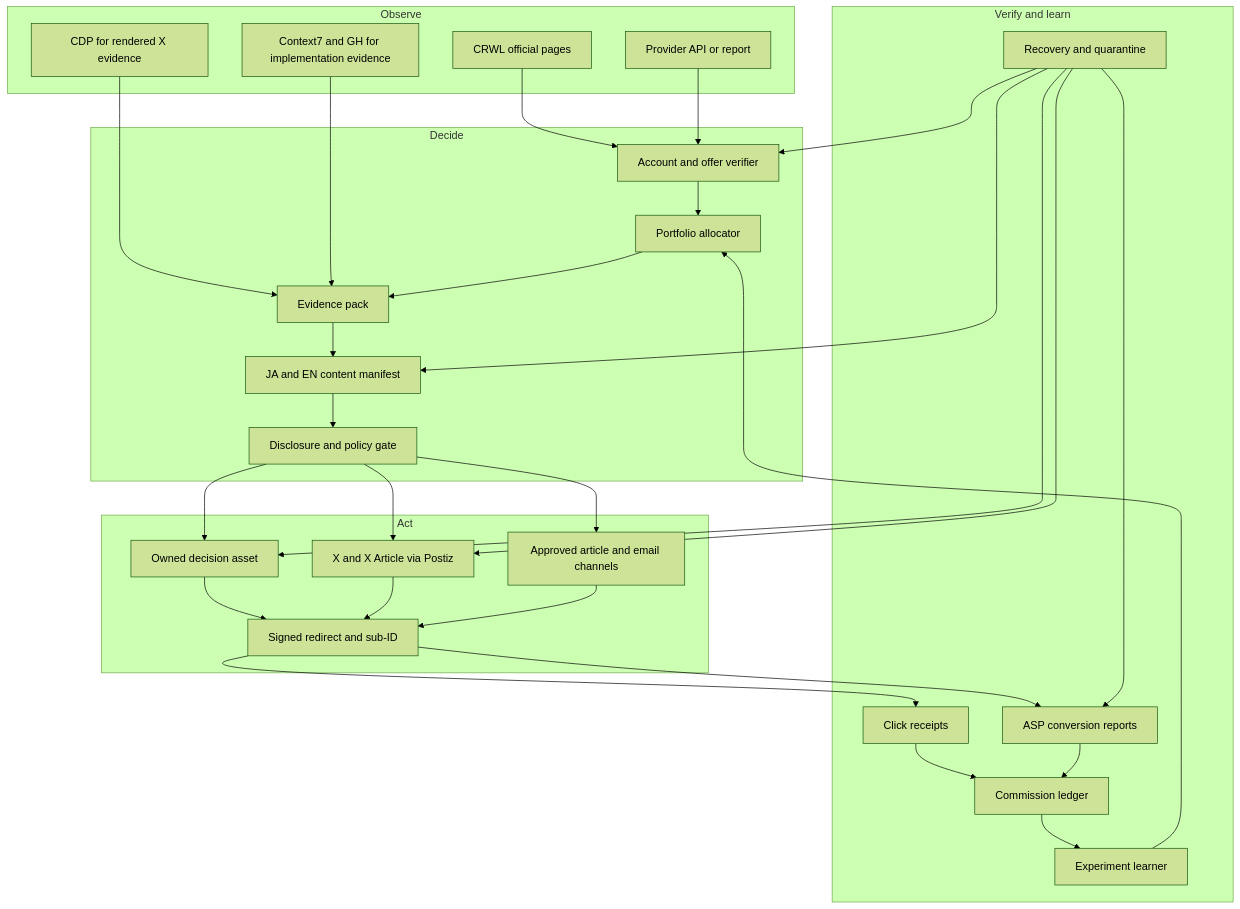
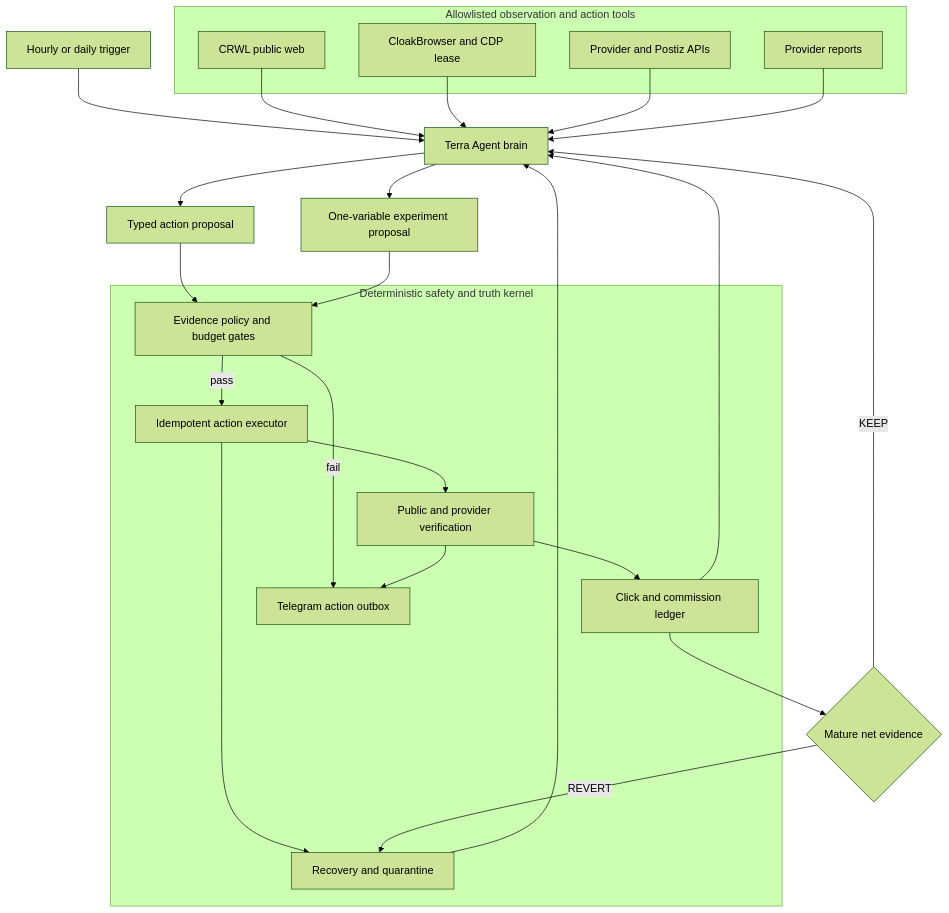
Before and after one commit to Daisuke134/anicca: the first of 3 diagrams in docs/superpowers/specs/2026-08-05-affiliate-agent-design.md, drawn with Mermaid (forest theme). The commit also changed other lines of this file and 2 other files, not shown here.

Commit message:
docs: finalize autonomous affiliate agent execution plan

````diff
--- a/docs/superpowers/specs/2026-08-05-affiliate-agent-design.md
+++ b/docs/superpowers/specs/2026-08-05-affiliate-agent-design.md
@@ -147,54 +189,43 @@
 ```mermaid
 flowchart TD
-  subgraph Observe[Observe]
-    O1[CRWL official pages]
-    O2[Provider API or report]
-    O3[CDP for rendered X evidence]
-    O4[Context7 and GH for implementation evidence]
+  T[Hourly or daily trigger] --> B[Terra Agent brain]
+
+  subgraph Tools[Allowlisted observation and action tools]
+    C[CRWL public web]
+    CB[CloakBrowser and CDP lease]
+    API[Provider and Postiz APIs]
+    REP[Provider reports]
   end
 
-  subgraph Decide[Decide]
-    V[Account and offer verifier]
-    P[Portfolio allocator]
-    E[Evidence pack]
-    M[JA and EN content manifest]
-    G[Disclosure and policy gate]
+  C --> B
+  CB --> B
+  API --> B
+  REP --> B
+
+  B --> P[Typed action proposal]
+
+  subgraph Kernel[Deterministic safety and truth kernel]
+    G[Evidence policy and budget gates]
+    X[Idempotent action executor]
+    V[Public and provider verification]
+    L[Click and commission ledger]
+    O[Telegram action outbox]
+    R[Recovery and quarantine]
   end
 
-  subgraph Act[Act]
-    W[Owned decision asset]
-    X[X and X Article via Postiz]
-    N[Approved article and email channels]
-    R[Signed redirect and sub-ID]
-  end
+  P --> G
+  G -->|pass| X
+  G -->|fail| O
+  X --> V
+  V --> L
+  V --> O
+  L --> B
+  R --> B
+  X --> R
 
-  subgraph Learn[Verify and learn]
-    C[Click receipts]
-    A[ASP conversion reports]
-    L[Commission ledger]
-    Q[Experiment learner]
-    H[Recovery and quarantine]
-  end
-
-  O1 --> V
-  O2 --> V
-  O3 --> E
-  O4 --> E
-  V --> P --> E --> M --> G
-  G --> W
-  G --> X
-  G --> N
-  W --> R
-  X --> R
-  N --> R
-  R --> C
-  R --> A
-  C --> L
-  A --> L
-  L --> Q --> P
-  H --> V
-  H --> M
-  H --> W
-  H --> X
-  H --> A
+  B --> E[One-variable experiment proposal]
+  E --> G
+  L --> D{Mature net evidence}
+  D -->|KEEP| B
+  D -->|REVERT| R
 ```
````
